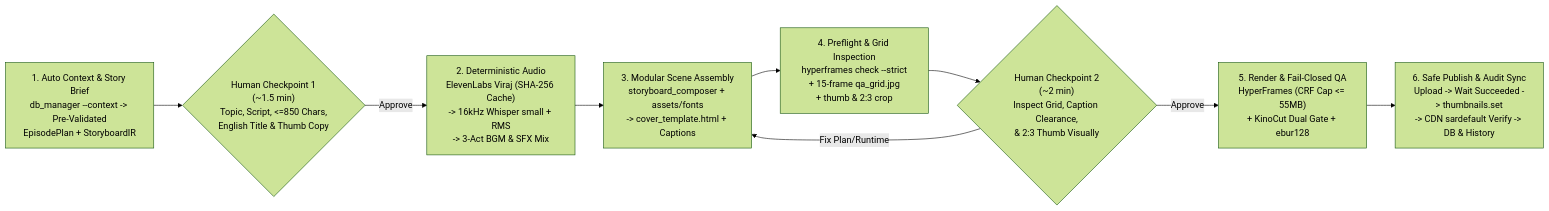
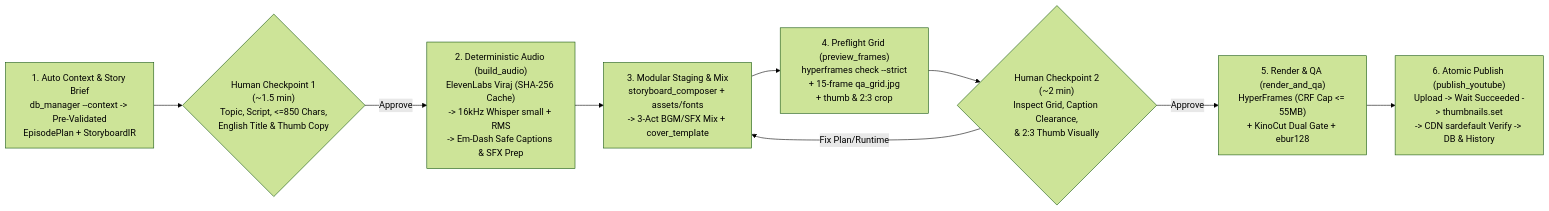
Before and after one commit to manishborikar92/Sutradhar: the diagram in docs/VIDEO_PRODUCTION_REDESIGN_PLAN.md, drawn with Mermaid (forest theme). The commit also changed other lines of this file and 1 other file, not shown here.

````diff
--- a/docs/VIDEO_PRODUCTION_REDESIGN_PLAN.md
+++ b/docs/VIDEO_PRODUCTION_REDESIGN_PLAN.md
@@ -351,11 +352,11 @@
 ```mermaid
 flowchart LR
     S1["1. Auto Context & Story Brief\ndb_manager --context -> Pre-Validated\nEpisodePlan + StoryboardIR"] --> CP1{"Human Checkpoint 1\n(~1.5 min)\nTopic, Script, <=850 Chars,\nEnglish Title & Thumb Copy"}
-    CP1 -- Approve --> S2["2. Deterministic Audio\nElevenLabs Viraj (SHA-256 Cache)\n-> 16kHz Whisper small + RMS\n-> 3-Act BGM & SFX Mix"]
-    S2 --> S3["3. Modular Scene Assembly\nstoryboard_composer + assets/fonts\n-> cover_template.html + Captions"]
-    S3 --> S4["4. Preflight & Grid Inspection\nhyperframes check --strict\n+ 15-frame qa_grid.jpg\n+ thumb & 2:3 crop"]
+    CP1 -- Approve --> S2["2. Deterministic Audio (build_audio)\nElevenLabs Viraj (SHA-256 Cache)\n-> 16kHz Whisper small + RMS\n-> Em-Dash Safe Captions & SFX Prep"]
+    S2 --> S3["3. Modular Staging & Mix\nstoryboard_composer + assets/fonts\n-> 3-Act BGM/SFX Mix + cover_template"]
+    S3 --> S4["4. Preflight Grid (preview_frames)\nhyperframes check --strict\n+ 15-frame qa_grid.jpg\n+ thumb & 2:3 crop"]
     S4 --> CP2{"Human Checkpoint 2\n(~2 min)\nInspect Grid, Caption Clearance,\n& 2:3 Thumb Visually"}
     CP2 -- Fix Plan/Runtime --> S3
-    CP2 -- Approve --> S5["5. Render & Fail-Closed QA\nHyperFrames (CRF Cap <= 55MB)\n+ KinoCut Dual Gate + ebur128"]
-    S5 --> S6["6. Safe Publish & Audit Sync\nUpload -> Wait Succeeded -> thumbnails.set\n-> CDN sardefault Verify -> DB & History"]
+    CP2 -- Approve --> S5["5. Render & QA (render_and_qa)\nHyperFrames (CRF Cap <= 55MB)\n+ KinoCut Dual Gate + ebur128"]
+    S5 --> S6["6. Atomic Publish (publish_youtube)\nUpload -> Wait Succeeded -> thumbnails.set\n-> CDN sardefault Verify -> DB & History"]
 ```
````
